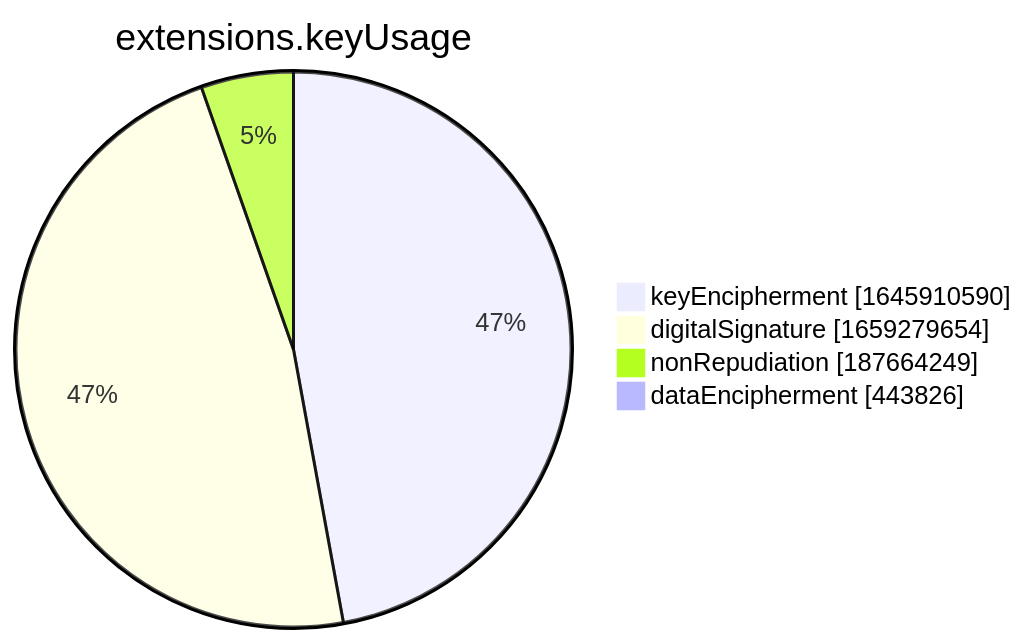
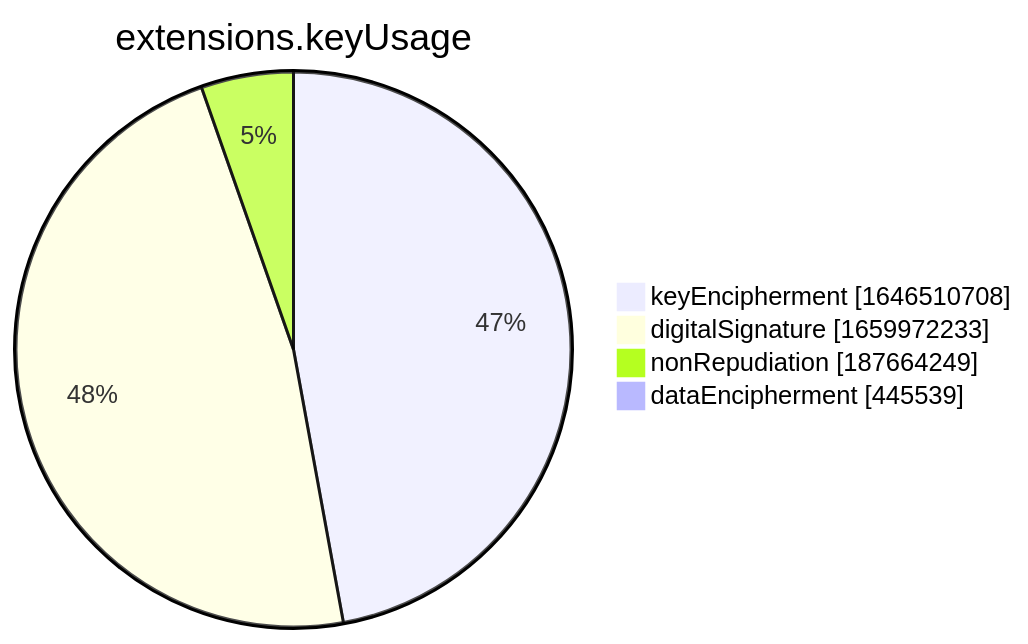
The seventh of 15 diagrams in xenon2022/README.md (christiankrug/ctmonitor_visualization), drawn with Mermaid before and after one commit. The commit also changed other lines of this file, not shown here.

````diff
--- a/xenon2022/README.md
+++ b/xenon2022/README.md
@@ -2857,8 +2857,8 @@
 ```mermaid
 pie showData
 title extensions.keyUsage
-"keyEncipherment" :1645910590
-"digitalSignature" :1659279654
+"keyEncipherment" :1646510708
+"digitalSignature" :1659972233
 "nonRepudiation" :187664249
-"dataEncipherment" :443826
+"dataEncipherment" :445539
 ```
````
